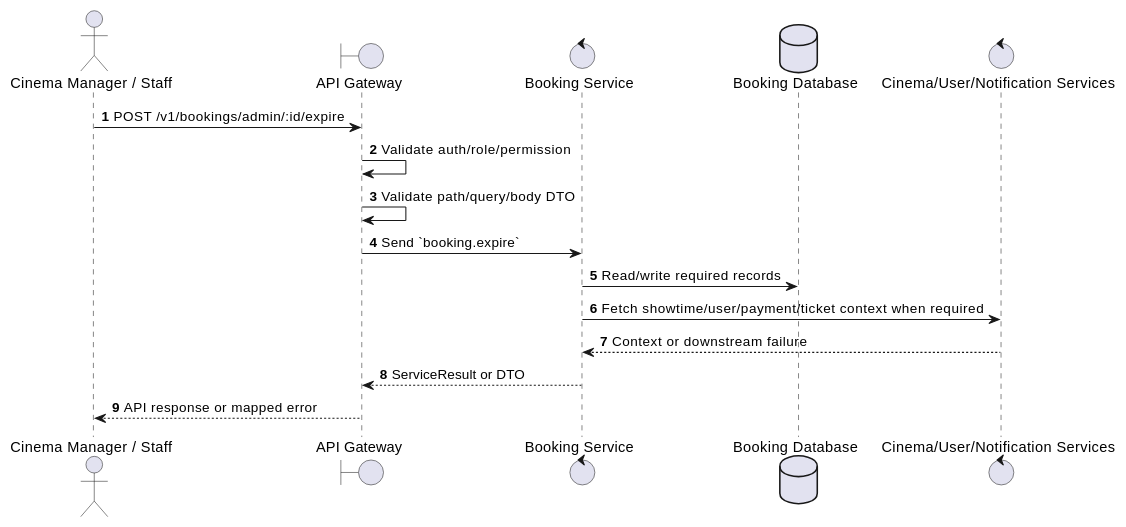
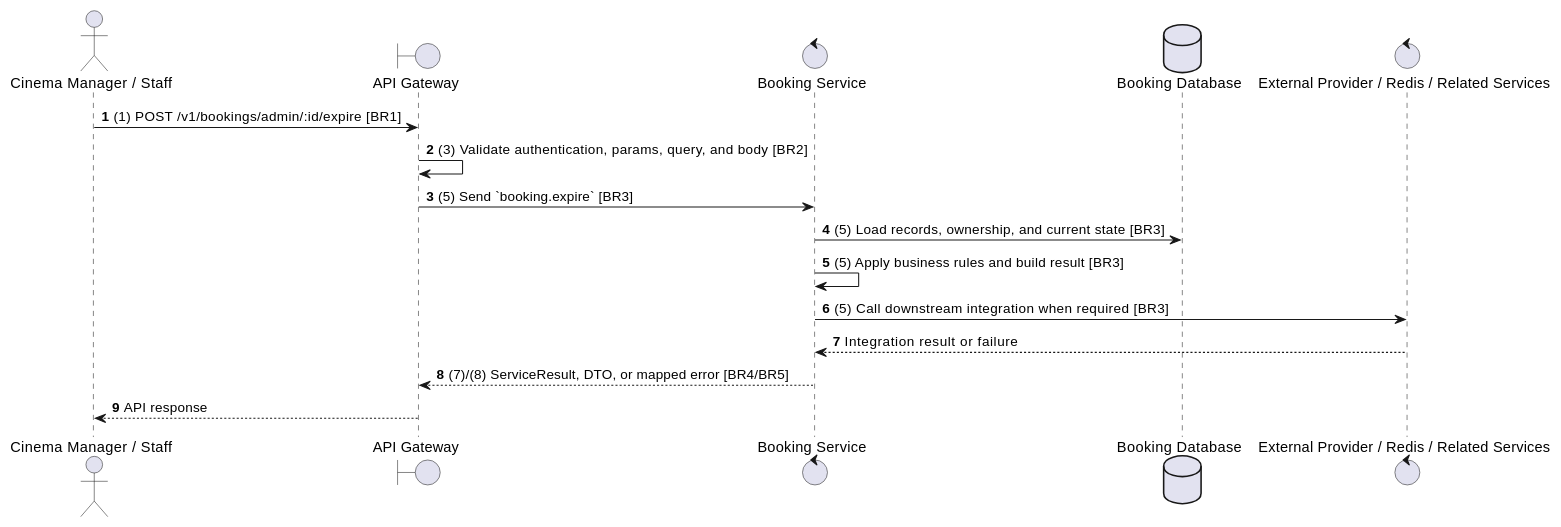
Before and after one commit to Tanh1603/movie-hub-architecture: the second of 2 diagrams in docs/functional_specs/3.5.2_Admin_Booking_Operations/BK-A07_Expire_Booking.md, drawn with PlantUML. The commit also changed other lines of this file and 129 other files, not shown here.

````diff
--- a/docs/functional_specs/3.5.2_Admin_Booking_Operations/BK-A07_Expire_Booking.md
+++ b/docs/functional_specs/3.5.2_Admin_Booking_Operations/BK-A07_Expire_Booking.md
@@ -17,20 +64,20 @@
 ```plantuml
 @startuml
 autonumber
 actor "Cinema Manager / Staff" as Actor
 boundary "API Gateway" as GW
 control "Booking Service" as SVC
 database "Booking Database" as DB
-control "Cinema/User/Notification Services" as EXT
+control "External Provider / Redis / Related Services" as EXT
 
-Actor -> GW: POST /v1/bookings/admin/:id/expire
-GW -> GW: Validate auth/role/permission
-GW -> GW: Validate path/query/body DTO
-GW -> SVC: Send `booking.expire`
-SVC -> DB: Read/write required records
-SVC -> EXT: Fetch showtime/user/payment/ticket context when required
-EXT --> SVC: Context or downstream failure
-SVC --> GW: ServiceResult or DTO
-GW --> Actor: API response or mapped error
+Actor -> GW: (1) POST /v1/bookings/admin/:id/expire [BR1]
+GW -> GW: (3) Validate authentication, params, query, and body [BR2]
+GW -> SVC: (5) Send `booking.expire` [BR3]
+SVC -> DB: (5) Load records, ownership, and current state [BR3]
+SVC -> SVC: (5) Apply business rules and build result [BR3]
+SVC -> EXT: (5) Call downstream integration when required [BR3]
+EXT --> SVC: Integration result or failure
+SVC --> GW: (7)/(8) ServiceResult, DTO, or mapped error [BR4/BR5]
+GW --> Actor: API response
 @enduml
 ```
````
